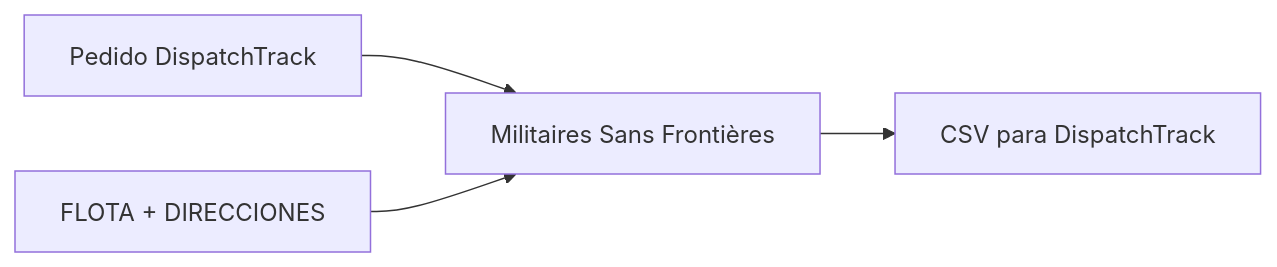
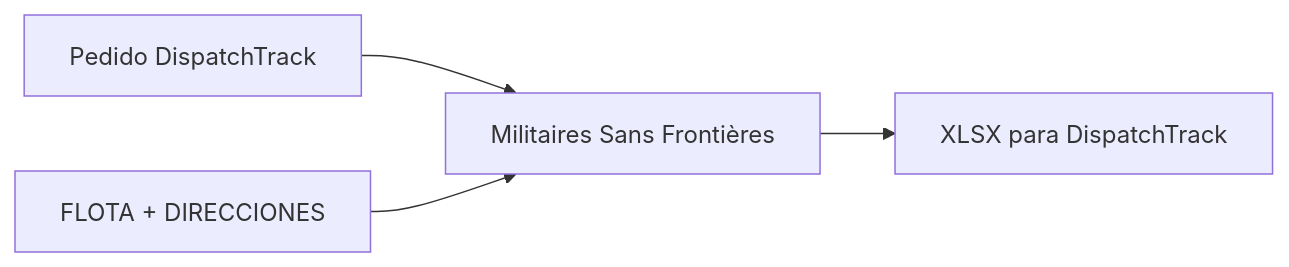
Before and after one commit to bryanzuniga-rappi/MOTHER_BASE: the sixth of 7 diagrams in README_ES.md, drawn with Mermaid. The commit also changed other lines of this file and 3 other files, not shown here.

````diff
--- a/README_ES.md
+++ b/README_ES.md
@@ -553,6 +553,6 @@
 ```mermaid
 flowchart LR
     A["Pedido DispatchTrack"] --> C["Militaires Sans Frontières"]
     B["FLOTA + DIRECCIONES"] --> C
-    C --> D["CSV para DispatchTrack"]
+    C --> D["XLSX para DispatchTrack"]
 ```
````
